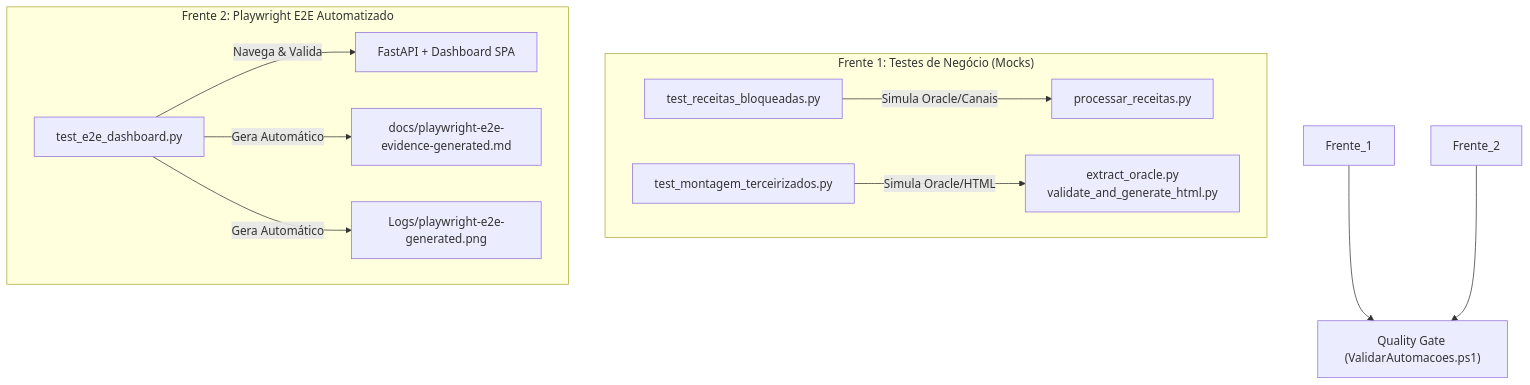
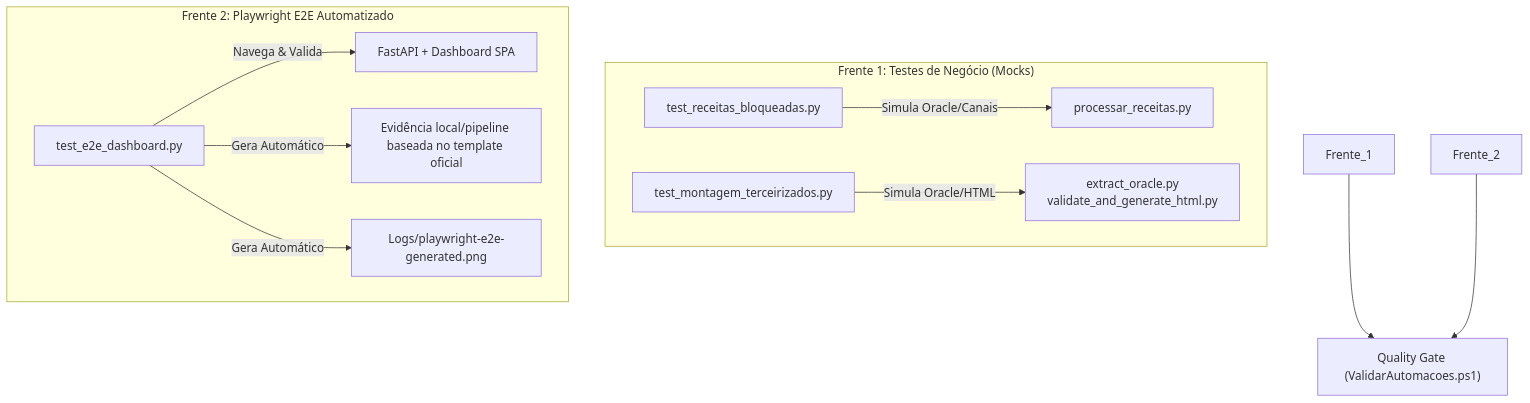
Before and after one commit to GabrielDiasNN/Automacoes-CR: the diagram in docs/plano-melhoria-testes-robustez.md, drawn with Mermaid. The commit also changed other lines of this file and 10 other files, not shown here.

````diff
--- a/docs/plano-melhoria-testes-robustez.md
+++ b/docs/plano-melhoria-testes-robustez.md
@@ -21,16 +21,16 @@
 ```mermaid
 flowchart TD
     subgraph "Frente 1: Testes de Negócio (Mocks)"
         RB_TEST["test_receitas_bloqueadas.py"] -->|Simula Oracle/Canais| RB_CODE["processar_receitas.py"]
         MT_TEST["test_montagem_terceirizados.py"] -->|Simula Oracle/HTML| MT_CODE["extract_oracle.py<br/>validate_and_generate_html.py"]
     end
 
     subgraph "Frente 2: Playwright E2E Automatizado"
         PW_TEST["test_e2e_dashboard.py"] -->|Navega & Valida| DASH["FastAPI + Dashboard SPA"]
-        PW_TEST -->|Gera Automático| EVI["docs/playwright-e2e-evidence-generated.md"]
+        PW_TEST -->|Gera Automático| EVI["Evidência local/pipeline baseada no template oficial"]
         PW_TEST -->|Gera Automático| SCR["Logs/playwright-e2e-generated.png"]
     end
 
     Frente_1 --> QualityGate["Quality Gate (ValidarAutomacoes.ps1)"]
     Frente_2 --> QualityGate
 ```
````
